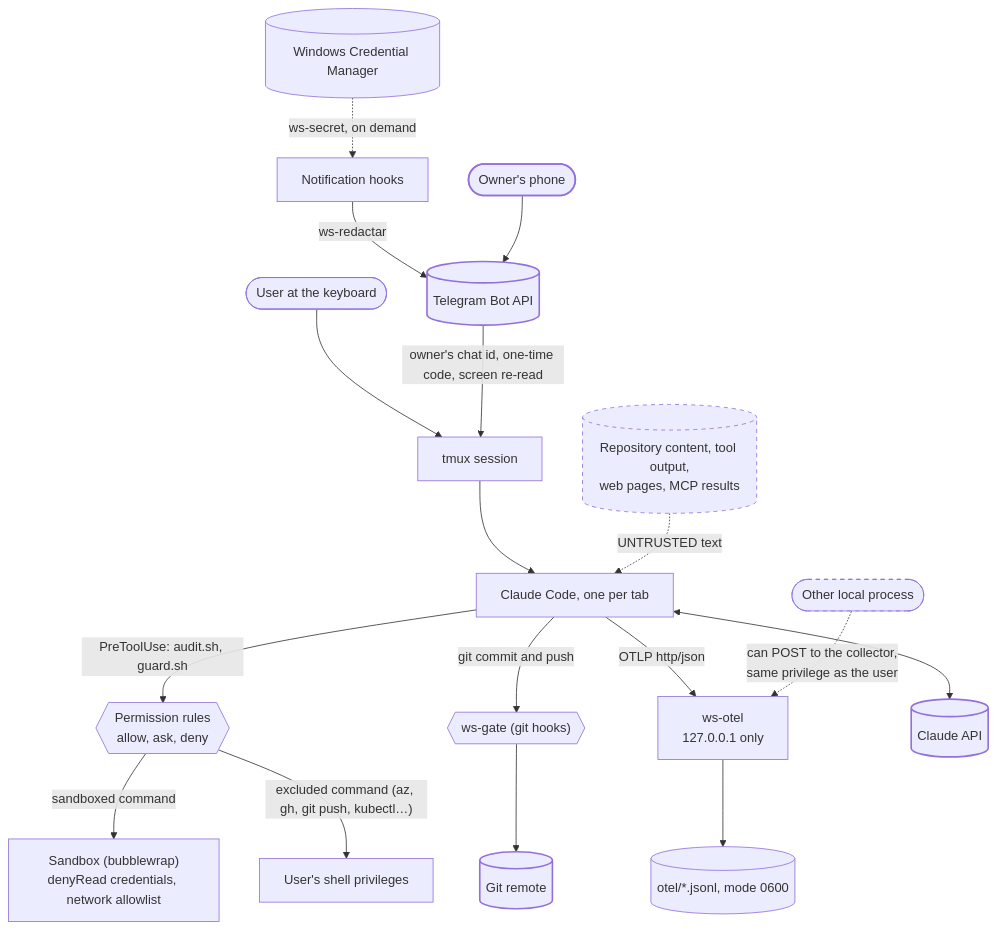
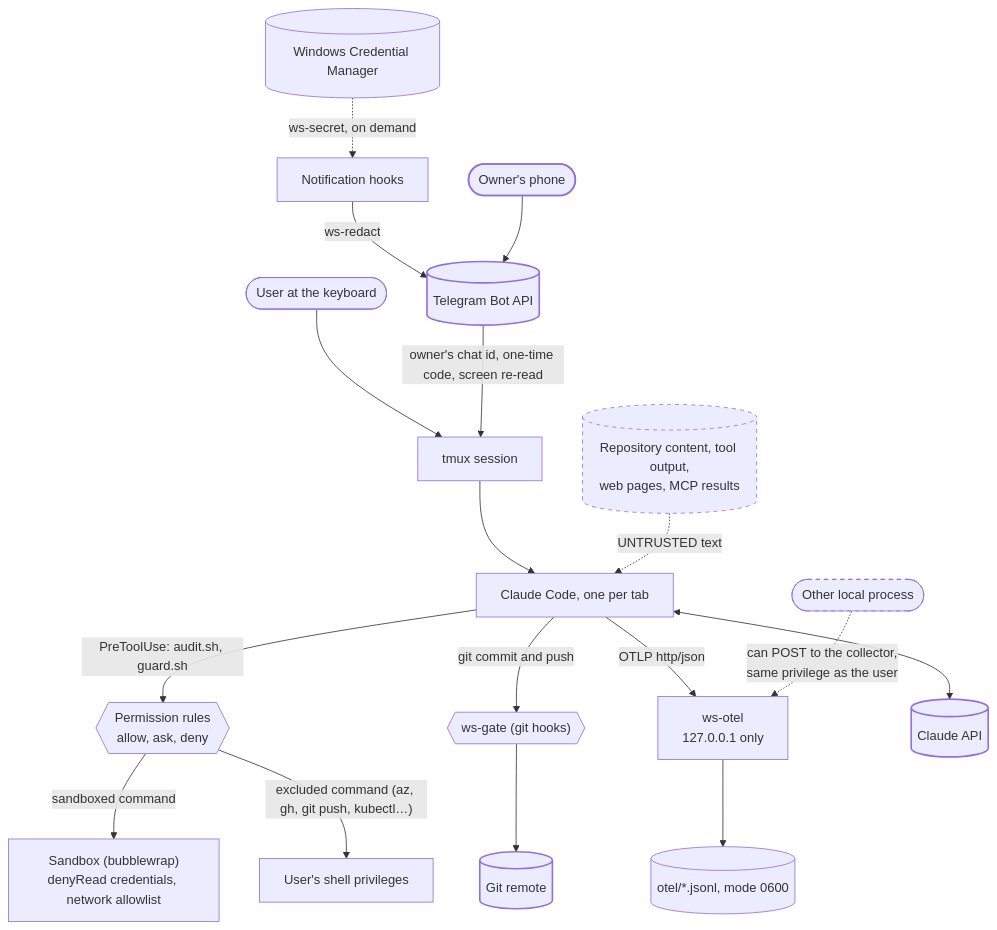
One commit to andreshma/claude-workstation changed the diagram in docs/THREAT_MODEL.md. Above: the diagram before and after it, drawn with Mermaid. The commit also changed other lines of this file and 226 other files, not shown here.

````diff
--- a/docs/THREAT_MODEL.md
+++ b/docs/THREAT_MODEL.md
@@ -37,22 +37,22 @@
 ```mermaid
 flowchart TB
   user(["User at the keyboard"]) --> tmux["tmux session"]
   tmux --> claude["Claude Code, one per tab"]
   repo[("Repository content, tool output,<br/>web pages, MCP results")] -. "UNTRUSTED text" .-> claude
   claude -- "PreToolUse: audit.sh, guard.sh" --> rules{{"Permission rules<br/>allow, ask, deny"}}
   rules -- "sandboxed command" --> sbx["Sandbox (bubblewrap)<br/>denyRead credentials, network allowlist"]
   rules -- "excluded command (az, gh, git push, kubectl…)" --> host["User's shell privileges"]
   claude -- "git commit and push" --> gate{{"ws-gate (git hooks)"}} --> remote[("Git remote")]
   claude -- "OTLP http/json" --> otel["ws-otel<br/>127.0.0.1 only"] --> disk[("otel/*.jsonl, mode 0600")]
   claude <--> api[("Claude API")]
-  hooks["Notification hooks"] -- "ws-redactar" --> tg[("Telegram Bot API")]
+  hooks["Notification hooks"] -- "ws-redact" --> tg[("Telegram Bot API")]
   phone(["Owner's phone"]) --> tg
   tg -- "owner's chat id, one-time code, screen re-read" --> tmux
   cred[("Windows Credential Manager")] -. "ws-secret, on demand" .-> hooks
   other(["Other local process"]) -. "can POST to the collector,<br/>same privilege as the user" .-> otel
 
   classDef untrusted stroke-dasharray: 5 5
   classDef external stroke-width: 2px
   class repo,other untrusted
   class api,remote,tg,phone external
 ```
````
